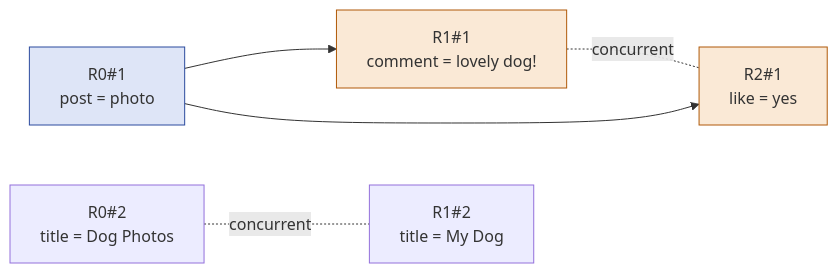
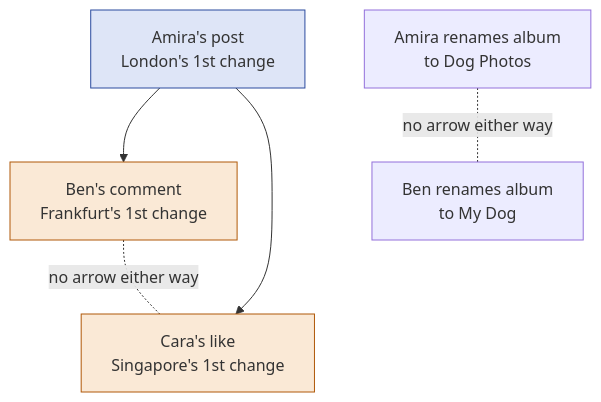
One commit to ravivarmachaluvadi/Learning changed the first of 4 diagrams in 29-causal-consistency/README.md. Above: the diagram before and after it, drawn with Mermaid. The commit also changed other lines of this file, not shown here.

````diff
--- a/29-causal-consistency/README.md
+++ b/29-causal-consistency/README.md
@@ -334,12 +476,12 @@
 ```mermaid
-graph LR
-  P["R0#1<br/>post = photo"] --> C["R1#1<br/>comment = lovely dog!"]
-  P --> L["R2#1<br/>like = yes"]
-  X["R0#2<br/>title = Dog Photos"]
-  Y["R1#2<br/>title = My Dog"]
-  C -.concurrent.- L
-  X -.concurrent.- Y
+flowchart TD
+  P["Amira's post<br/>London's 1st change"] --> C["Ben's comment<br/>Frankfurt's 1st change"]
+  P --> L["Cara's like<br/>Singapore's 1st change"]
+  X["Amira renames album<br/>to Dog Photos"]
+  Y["Ben renames album<br/>to My Dog"]
+  C -.no arrow either way.- L
+  X -.no arrow either way.- Y
   style P fill:#DEE5F7,stroke:#2B4A9E
   style C fill:#FAE9D6,stroke:#B05908
   style L fill:#FAE9D6,stroke:#B05908
 ```
````
